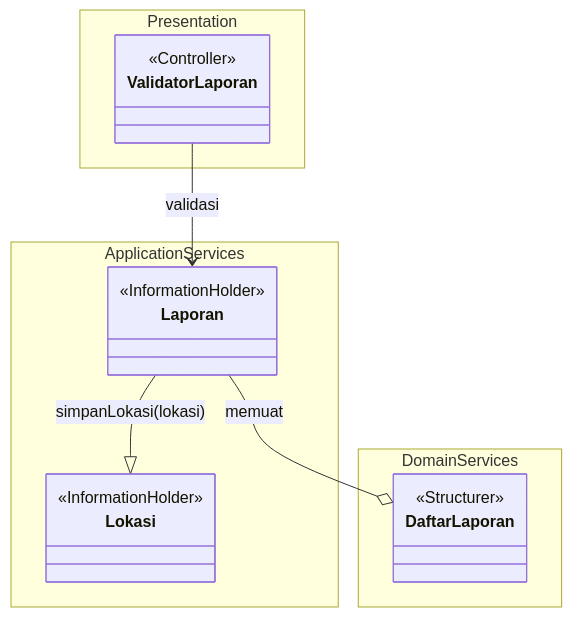
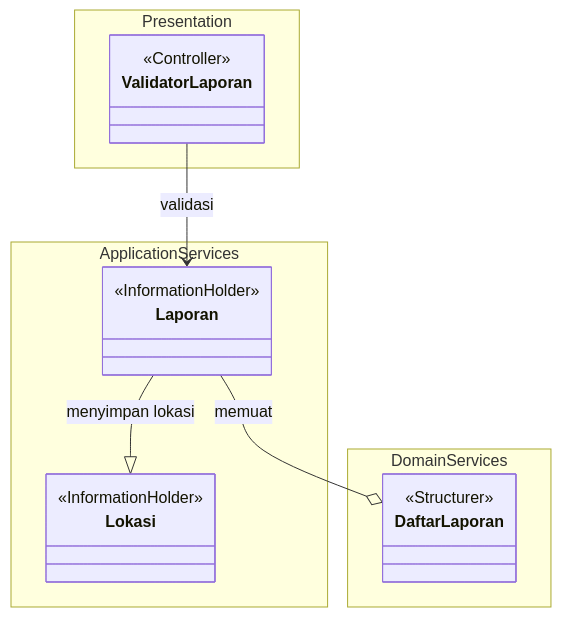
Before and after one commit to star-scripter/IF2150-RPL-K03-G02: the third of 9 diagrams in docs/M4/K03_G02_CD.md, drawn with Mermaid. The commit also changed other lines of this file, not shown here.

````diff
--- a/docs/M4/K03_G02_CD.md
+++ b/docs/M4/K03_G02_CD.md
@@ -432,25 +432,25 @@
 ```mermaid
 classDiagram
     direction TB
 
     namespace Presentation {
         class ValidatorLaporan
     }
     namespace ApplicationServices {
         class Laporan
         class Lokasi
     }
 
     namespace DomainServices {
         class DaftarLaporan
     }
 
     <<Controller>> ValidatorLaporan
     <<Structurer>> DaftarLaporan
     <<InformationHolder>> Laporan
     <<InformationHolder>> Lokasi
 
     ValidatorLaporan --> Laporan : validasi
-    Laporan --|> Lokasi : simpanLokasi(lokasi)
+    Laporan --|> Lokasi : menyimpan lokasi
     Laporan  --o DaftarLaporan : memuat
 ```
````
